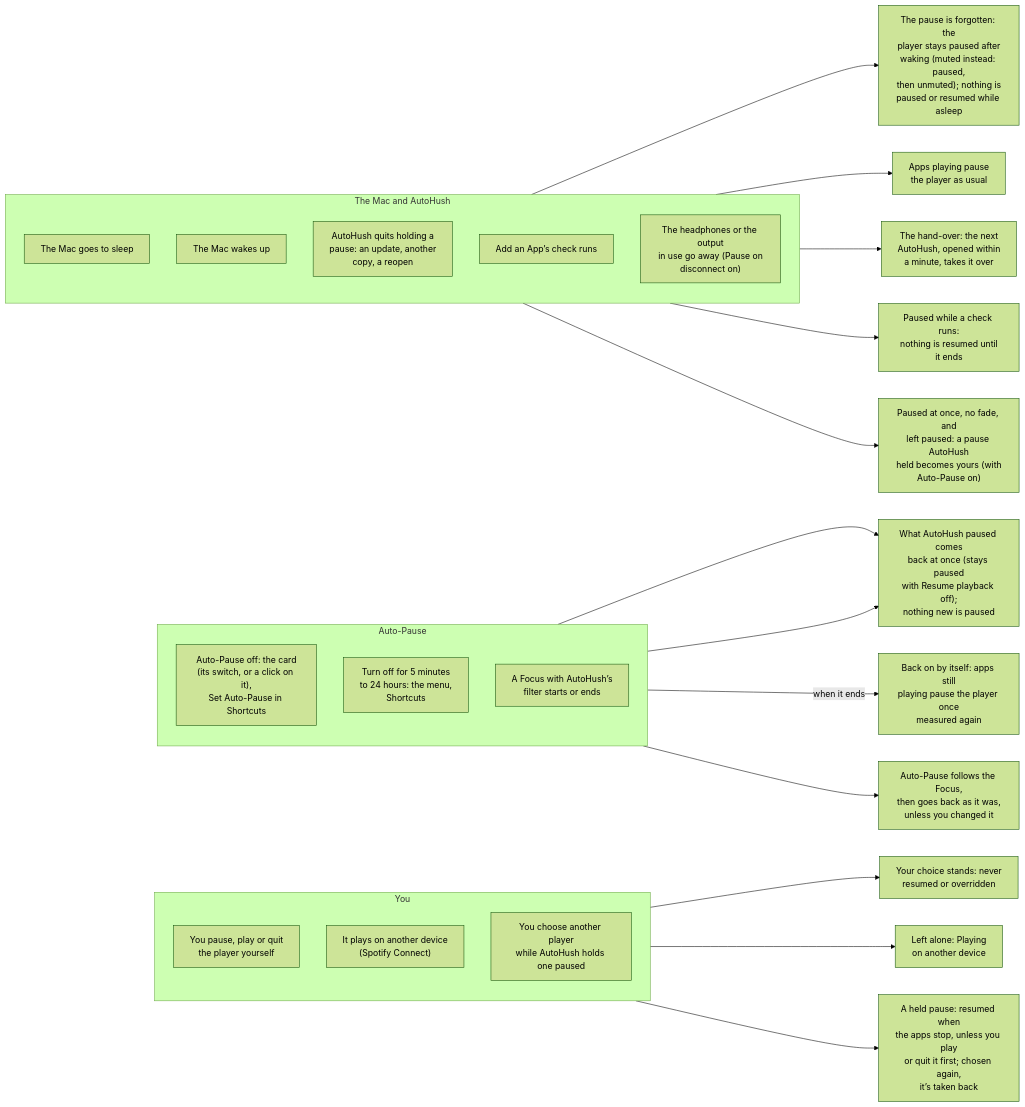
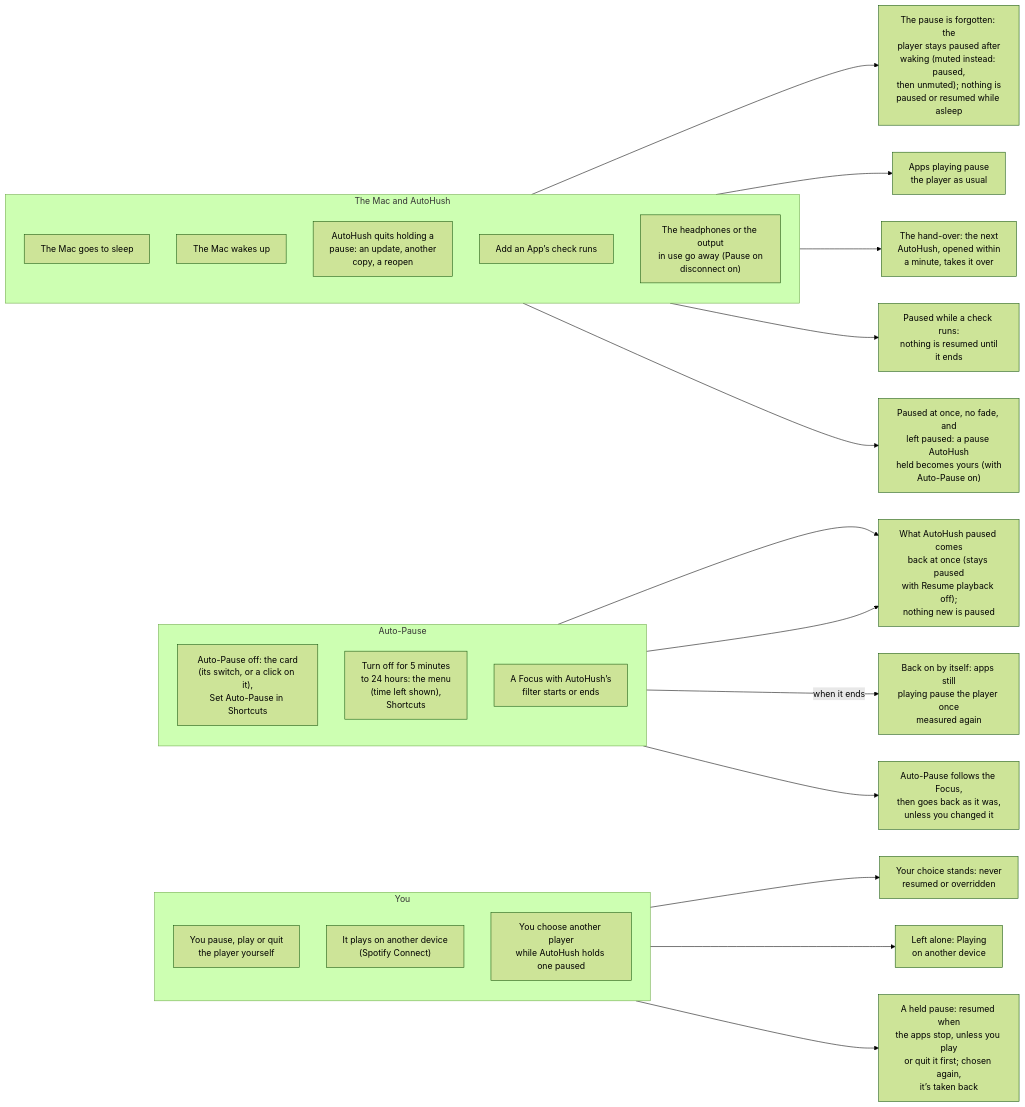
One commit to hfustercabre/AutoHush changed the fourth of 14 diagrams in WORKFLOWS.md. Above: the diagram before and after it, drawn with Mermaid (forest theme). The commit also changed other lines of this file and 4 other files, not shown here.

````diff
--- a/WORKFLOWS.md
+++ b/WORKFLOWS.md
@@ -244,47 +244,47 @@
 ```mermaid
 flowchart LR
   subgraph YOU["You"]
     direction TB
     E1["You pause, play or quit<br/>the player yourself"]
     E2["It plays on another device<br/>(Spotify Connect)"]
     E3["You choose another player<br/>while AutoHush holds one paused"]
   end
   subgraph AUTO["Auto-Pause"]
     direction TB
     E4["Auto-Pause off: the card<br/>(its switch, or a click on it),<br/>Set Auto-Pause in Shortcuts"]
-    E5["Turn off for 5 minutes<br/>to 24 hours: the menu,<br/>Shortcuts"]
+    E5["Turn off for 5 minutes<br/>to 24 hours: the menu<br/>(time left shown),<br/>Shortcuts"]
     E6["A Focus with AutoHush’s<br/>filter starts or ends"]
   end
   subgraph MAC["The Mac and AutoHush"]
     direction TB
     E7["The Mac goes to sleep"]
     E8["The Mac wakes up"]
     E9["AutoHush quits holding a<br/>pause: an update, another<br/>copy, a reopen"]
     E10["Add an App’s check runs"]
     E11["The headphones or the output<br/>in use go away (Pause on<br/>disconnect on)"]
   end
   R1["Your choice stands: never<br/>resumed or overridden"]
   R2["Left alone: Playing<br/>on another device"]
   R3["A held pause: resumed when<br/>the apps stop, unless you play<br/>or quit it first; chosen again,<br/>it’s taken back"]
   R4["What AutoHush paused comes<br/>back at once (stays paused<br/>with Resume playback off);<br/>nothing new is paused"]
   R5["Back on by itself: apps still<br/>playing pause the player once<br/>measured again"]
   R6["Auto-Pause follows the Focus,<br/>then goes back as it was,<br/>unless you changed it"]
   R7["The pause is forgotten: the<br/>player stays paused after<br/>waking (muted instead: paused,<br/>then unmuted); nothing is<br/>paused or resumed while asleep"]
   R8["Apps playing pause<br/>the player as usual"]
   R9["The hand-over: the next<br/>AutoHush, opened within<br/>a minute, takes it over"]
   R10["Paused while a check runs:<br/>nothing is resumed until<br/>it ends"]
   R11["Paused at once, no fade, and<br/>left paused: a pause AutoHush<br/>held becomes yours (with<br/>Auto-Pause on)"]
 
   E1 --> R1
   E2 --> R2
   E3 --> R3
   E4 --> R4
   E5 --> R4
   E5 -->|"when it ends"| R5
   E6 --> R6
   E7 --> R7
   E8 --> R8
   E9 --> R9
   E10 --> R10
   E11 --> R11
 ```
````
